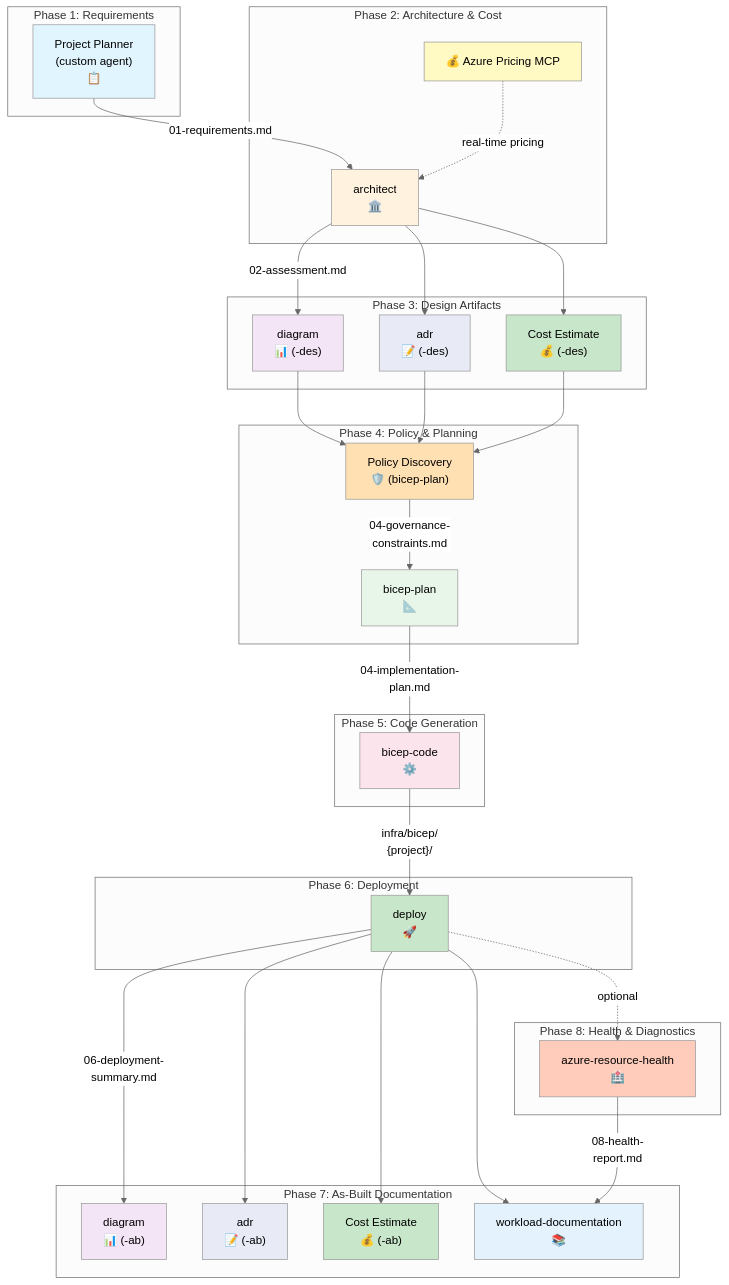
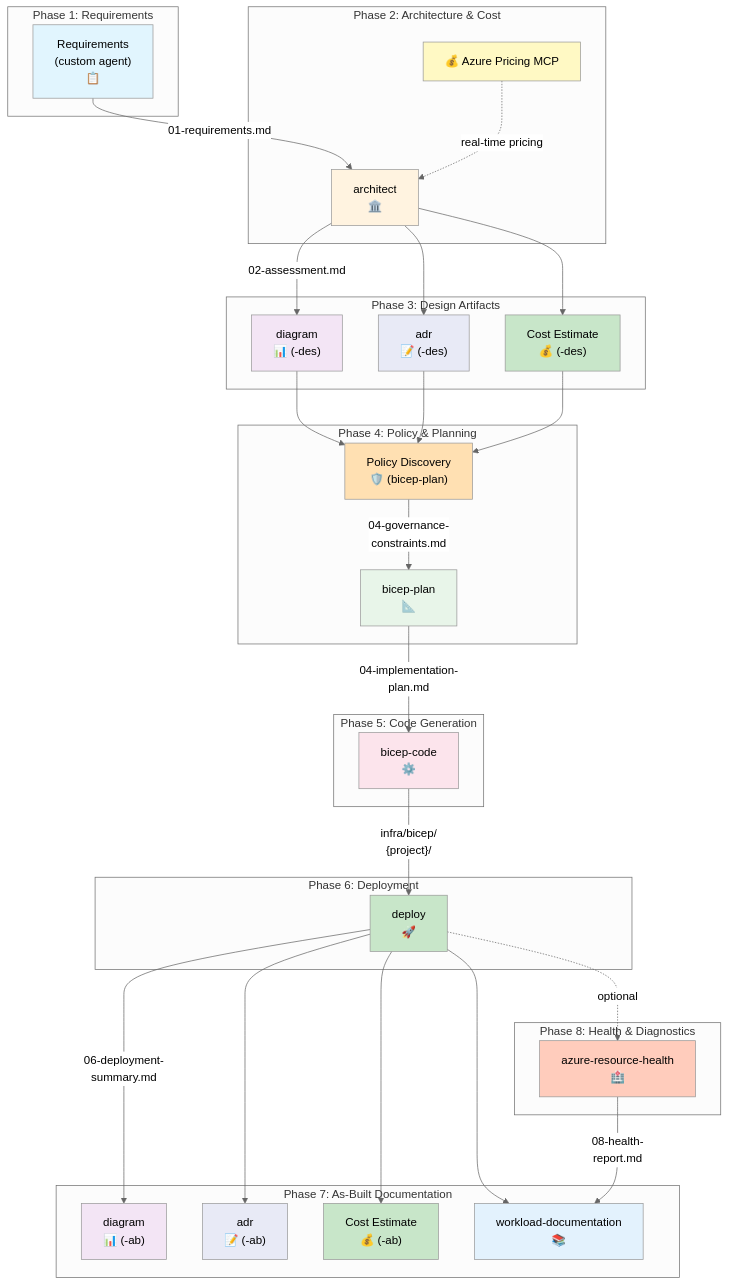
Before and after one commit to SmitaCnovate/azure-agentic-infraops: the diagram in docs/reference/agents-overview.md, drawn with Mermaid. The commit also changed other lines of this file and 30 other files, not shown here.

First line of the commit message:
feat(agents): rename @plan agent to @requirements

````diff
--- a/docs/reference/agents-overview.md
+++ b/docs/reference/agents-overview.md
@@ -26,76 +26,76 @@
 ```mermaid
 %%{init: {'theme':'neutral'}}%%
 graph TB
     subgraph "Phase 1: Requirements"
-        P["Project Planner<br/>(custom agent)<br/>📋"]
+        P["Requirements<br/>(custom agent)<br/>📋"]
     end
 
     subgraph "Phase 2: Architecture & Cost"
         A["architect<br/>🏛️"]
         MCP["💰 Azure Pricing MCP"]
     end
 
     subgraph "Phase 3: Design Artifacts"
         D["diagram<br/>📊 (-des)"]
         ADR1["adr<br/>📝 (-des)"]
         COST["Cost Estimate<br/>💰 (-des)"]
     end
 
     subgraph "Phase 4: Policy & Planning"
         POL["Policy Discovery<br/>🛡️ (bicep-plan)"]
         B["bicep-plan<br/>📐"]
     end
 
     subgraph "Phase 5: Code Generation"
         I["bicep-code<br/>⚙️"]
     end
 
     subgraph "Phase 6: Deployment"
         DEP["deploy<br/>🚀"]
     end
 
     subgraph "Phase 7: As-Built Documentation"
         D2["diagram<br/>📊 (-ab)"]
         ADR2["adr<br/>📝 (-ab)"]
         COST2["Cost Estimate<br/>💰 (-ab)"]
         WL["workload-documentation<br/>📚"]
     end
 
     subgraph "Phase 8: Health & Diagnostics"
         DIAG["azure-resource-health<br/>🏥"]
     end
 
     P -->|"01-requirements.md"| A
     MCP -.->|"real-time pricing"| A
     A -->|"02-assessment.md"| D
     A --> ADR1
     A --> COST
     D --> POL
     ADR1 --> POL
     COST --> POL
     POL -->|"04-governance-<br/>constraints.md"| B
     B -->|"04-implementation-<br/>plan.md"| I
     I -->|"infra/bicep/<br/>{project}/"| DEP
     DEP -->|"06-deployment-<br/>summary.md"| D2
     DEP --> ADR2
     DEP --> COST2
     DEP --> WL
     DEP -.->|"optional"| DIAG
     DIAG -->|"08-health-<br/>report.md"| WL
 
     style P fill:#e1f5fe
     style A fill:#fff3e0
     style MCP fill:#fff9c4
     style D fill:#f3e5f5
     style ADR1 fill:#e8eaf6
     style COST fill:#c8e6c9
     style POL fill:#ffe0b2
     style B fill:#e8f5e9
     style I fill:#fce4ec
     style DEP fill:#c8e6c9
     style D2 fill:#f3e5f5
     style ADR2 fill:#e8eaf6
     style COST2 fill:#c8e6c9
     style WL fill:#e3f2fd
     style DIAG fill:#ffccbc
 ```
````
